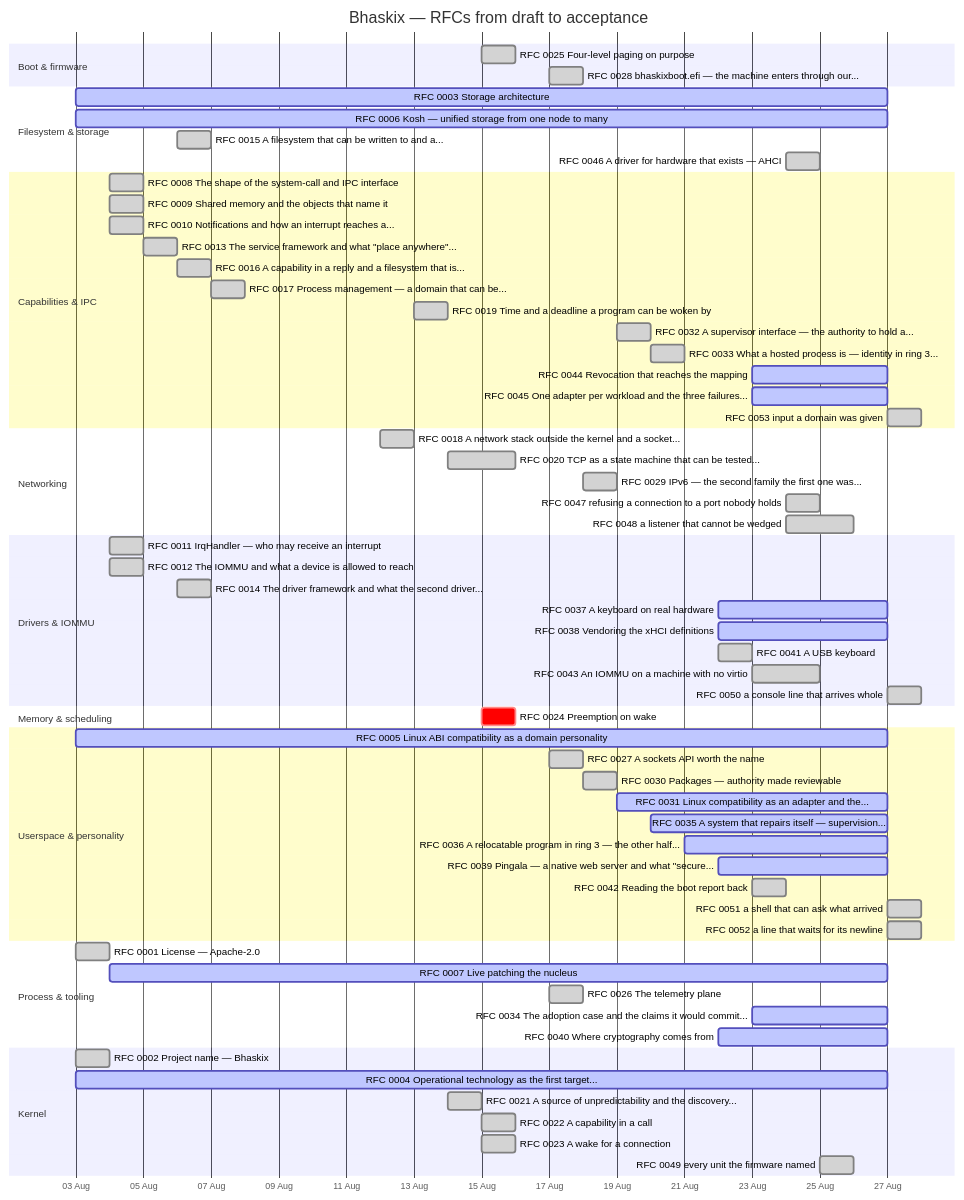
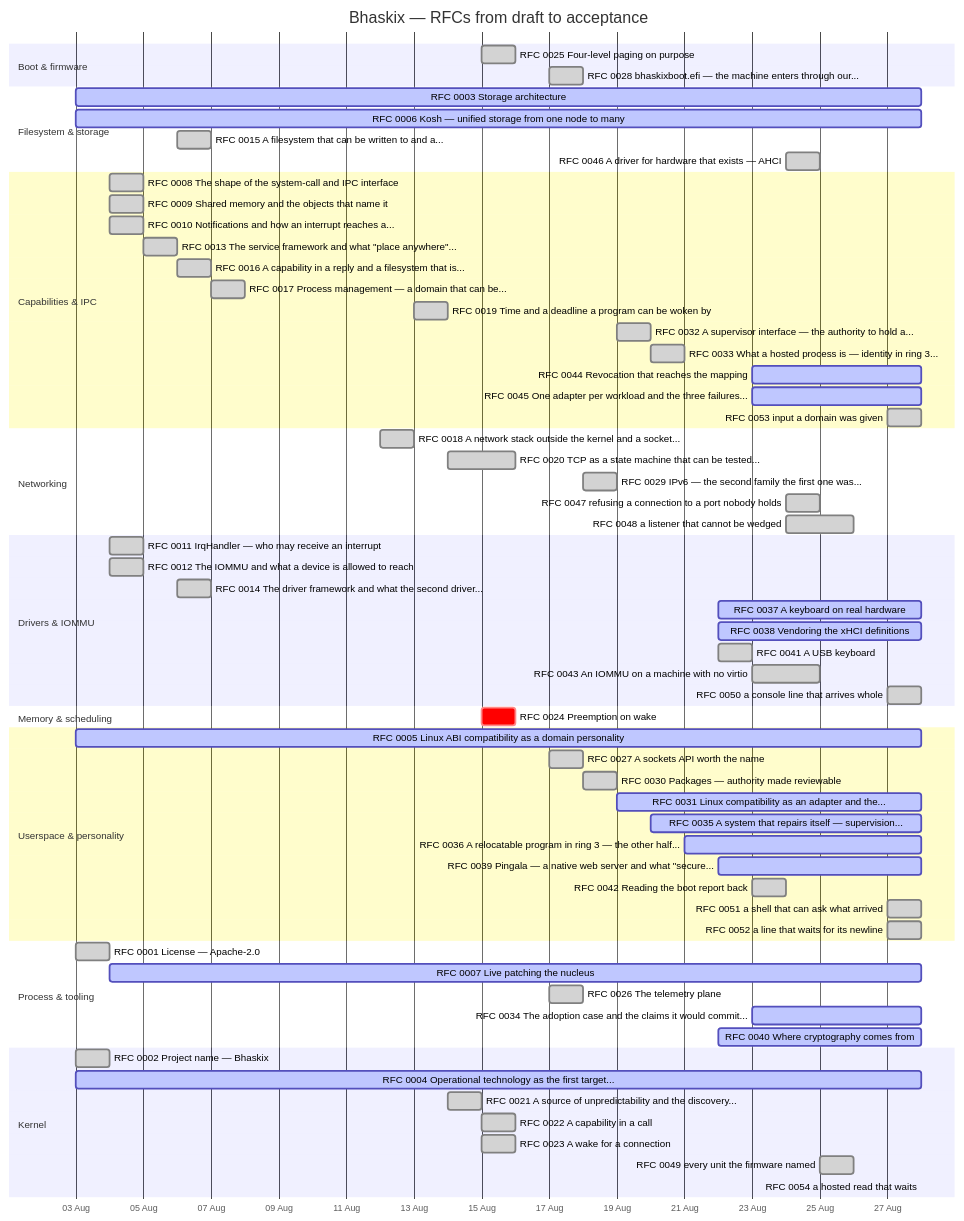
One commit to bhaskix/bhaskix changed the diagram in docs/progress.md. Above: the diagram before and after it, drawn with Mermaid. The commit also changed other lines of this file and 9 other files, not shown here.

````diff
--- a/docs/progress.md
+++ b/docs/progress.md
@@ -24,69 +24,70 @@
 ```mermaid
 gantt
     title Bhaskix — RFCs from draft to acceptance
     dateFormat YYYY-MM-DD
     axisFormat %d %b
     todayMarker off
     section Boot & firmware
     RFC 0025 Four-level paging on purpose :done, r0025, 2026-08-15, 2026-08-16
     RFC 0028 bhaskixboot.efi — the machine enters through our... :done, r0028, 2026-08-17, 2026-08-18
     section Filesystem & storage
-    RFC 0003 Storage architecture :active, r0003, 2026-08-03, 2026-08-27
-    RFC 0006 Kosh — unified storage from one node to many :active, r0006, 2026-08-03, 2026-08-27
+    RFC 0003 Storage architecture :active, r0003, 2026-08-03, 2026-08-28
+    RFC 0006 Kosh — unified storage from one node to many :active, r0006, 2026-08-03, 2026-08-28
     RFC 0015 A filesystem that can be written to and a... :done, r0015, 2026-08-06, 1d
     RFC 0046 A driver for hardware that exists — AHCI :done, r0046, 2026-08-24, 1d
     section Capabilities & IPC
     RFC 0008 The shape of the system-call and IPC interface :done, r0008, 2026-08-04, 1d
     RFC 0009 Shared memory and the objects that name it :done, r0009, 2026-08-04, 1d
     RFC 0010 Notifications and how an interrupt reaches a... :done, r0010, 2026-08-04, 1d
     RFC 0013 The service framework and what "place anywhere"... :done, r0013, 2026-08-05, 1d
     RFC 0016 A capability in a reply and a filesystem that is... :done, r0016, 2026-08-06, 2026-08-07
     RFC 0017 Process management — a domain that can be... :done, r0017, 2026-08-07, 1d
     RFC 0019 Time and a deadline a program can be woken by :done, r0019, 2026-08-13, 2026-08-14
     RFC 0032 A supervisor interface — the authority to hold a... :done, r0032, 2026-08-19, 2026-08-20
     RFC 0033 What a hosted process is — identity in ring 3... :done, r0033, 2026-08-20, 1d
-    RFC 0044 Revocation that reaches the mapping :active, r0044, 2026-08-23, 2026-08-27
-    RFC 0045 One adapter per workload and the three failures... :active, r0045, 2026-08-23, 2026-08-27
+    RFC 0044 Revocation that reaches the mapping :active, r0044, 2026-08-23, 2026-08-28
+    RFC 0045 One adapter per workload and the three failures... :active, r0045, 2026-08-23, 2026-08-28
     RFC 0053 input a domain was given :done, r0053, 2026-08-27, 1d
     section Networking
     RFC 0018 A network stack outside the kernel and a socket... :done, r0018, 2026-08-12, 2026-08-13
     RFC 0020 TCP as a state machine that can be tested... :done, r0020, 2026-08-14, 2026-08-16
     RFC 0029 IPv6 — the second family the first one was... :done, r0029, 2026-08-18, 1d
     RFC 0047 refusing a connection to a port nobody holds :done, r0047, 2026-08-24, 1d
     RFC 0048 a listener that cannot be wedged :done, r0048, 2026-08-24, 2026-08-26
     section Drivers & IOMMU
     RFC 0011 IrqHandler — who may receive an interrupt :done, r0011, 2026-08-04, 1d
     RFC 0012 The IOMMU and what a device is allowed to reach :done, r0012, 2026-08-04, 1d
     RFC 0014 The driver framework and what the second driver... :done, r0014, 2026-08-06, 1d
-    RFC 0037 A keyboard on real hardware :active, r0037, 2026-08-22, 2026-08-27
-    RFC 0038 Vendoring the xHCI definitions :active, r0038, 2026-08-22, 2026-08-27
+    RFC 0037 A keyboard on real hardware :active, r0037, 2026-08-22, 2026-08-28
+    RFC 0038 Vendoring the xHCI definitions :active, r0038, 2026-08-22, 2026-08-28
     RFC 0041 A USB keyboard :done, r0041, 2026-08-22, 2026-08-23
     RFC 0043 An IOMMU on a machine with no virtio :done, r0043, 2026-08-23, 2026-08-25
     RFC 0050 a console line that arrives whole :done, r0050, 2026-08-27, 1d
     section Memory & scheduling
     RFC 0024 Preemption on wake :crit, r0024, 2026-08-15, 1d
     section Userspace & personality
-    RFC 0005 Linux ABI compatibility as a domain personality :active, r0005, 2026-08-03, 2026-08-27
+    RFC 0005 Linux ABI compatibility as a domain personality :active, r0005, 2026-08-03, 2026-08-28
     RFC 0027 A sockets API worth the name :done, r0027, 2026-08-17, 1d
     RFC 0030 Packages — authority made reviewable :done, r0030, 2026-08-18, 2026-08-19
-    RFC 0031 Linux compatibility as an adapter and the... :active, r0031, 2026-08-19, 2026-08-27
-    RFC 0035 A system that repairs itself — supervision... :active, r0035, 2026-08-20, 2026-08-27
-    RFC 0036 A relocatable program in ring 3 — the other half... :active, r0036, 2026-08-21, 2026-08-27
-    RFC 0039 Pingala — a native web server and what "secure... :active, r0039, 2026-08-22, 2026-08-27
+    RFC 0031 Linux compatibility as an adapter and the... :active, r0031, 2026-08-19, 2026-08-28
+    RFC 0035 A system that repairs itself — supervision... :active, r0035, 2026-08-20, 2026-08-28
+    RFC 0036 A relocatable program in ring 3 — the other half... :active, r0036, 2026-08-21, 2026-08-28
+    RFC 0039 Pingala — a native web server and what "secure... :active, r0039, 2026-08-22, 2026-08-28
     RFC 0042 Reading the boot report back :done, r0042, 2026-08-23, 1d
     RFC 0051 a shell that can ask what arrived :done, r0051, 2026-08-27, 1d
     RFC 0052 a line that waits for its newline :done, r0052, 2026-08-27, 1d
     section Process & tooling
     RFC 0001 License — Apache-2.0 :done, r0001, 2026-08-03, 1d
-    RFC 0007 Live patching the nucleus :active, r0007, 2026-08-04, 2026-08-27
+    RFC 0007 Live patching the nucleus :active, r0007, 2026-08-04, 2026-08-28
     RFC 0026 The telemetry plane :done, r0026, 2026-08-17, 1d
-    RFC 0034 The adoption case and the claims it would commit... :active, r0034, 2026-08-23, 2026-08-27
-    RFC 0040 Where cryptography comes from :active, r0040, 2026-08-22, 2026-08-27
+    RFC 0034 The adoption case and the claims it would commit... :active, r0034, 2026-08-23, 2026-08-28
+    RFC 0040 Where cryptography comes from :active, r0040, 2026-08-22, 2026-08-28
     section Kernel
     RFC 0002 Project name — Bhaskix :done, r0002, 2026-08-03, 1d
-    RFC 0004 Operational technology as the first target... :active, r0004, 2026-08-03, 2026-08-27
+    RFC 0004 Operational technology as the first target... :active, r0004, 2026-08-03, 2026-08-28
     RFC 0021 A source of unpredictability and the discovery... :done, r0021, 2026-08-14, 1d
     RFC 0022 A capability in a call :done, r0022, 2026-08-15, 2026-08-16
     RFC 0023 A wake for a connection :done, r0023, 2026-08-15, 2026-08-16
     RFC 0049 every unit the firmware named :done, r0049, 2026-08-25, 1d
+    RFC 0054 a hosted read that waits :active, r0054, 2026-08-28, 2026-08-28
 ```
````
